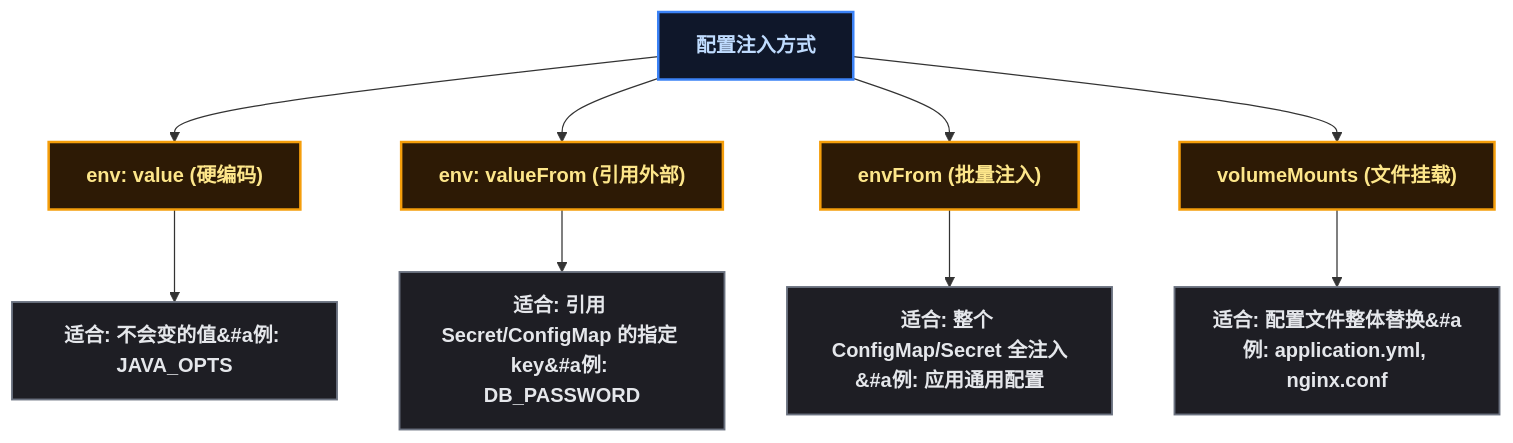
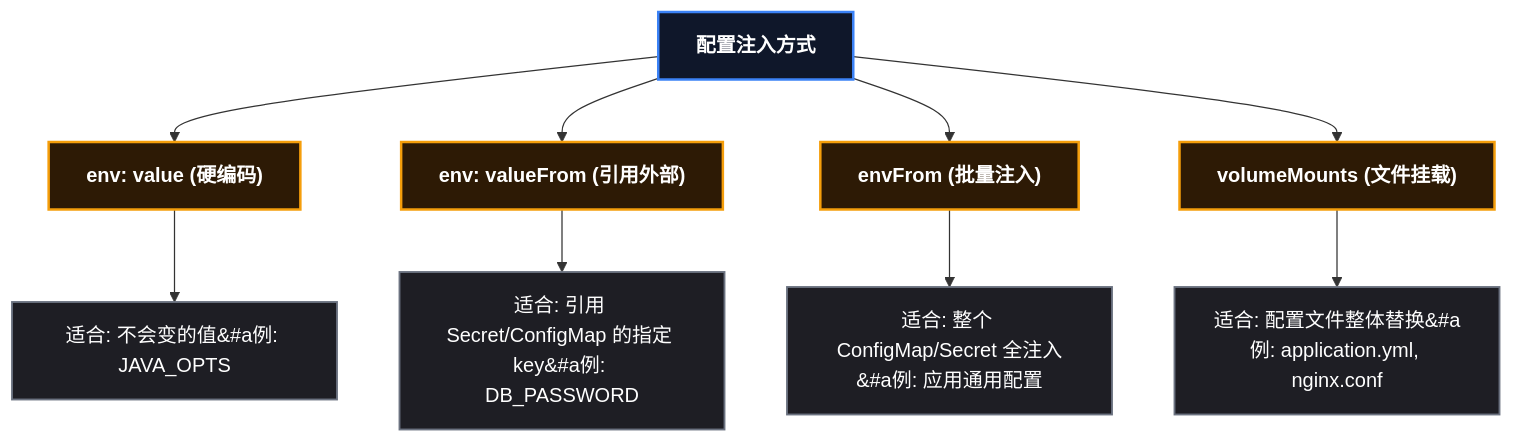
Before and after one commit to yaocat55/yaocat55.github.io: the fourth of 5 diagrams in content/posts/kubernetes/PodSurvivalGuide.md, drawn with Mermaid. The commit also changed other lines of this file and 27 other files, not shown here.

Commit message:
docs: 全系列 93 张 Mermaid 图 classDef 改为 style 强制深底白字(修复部分渲染器白底浅字)+历史文件格式清理

````diff
--- a/content/posts/kubernetes/PodSurvivalGuide.md
+++ b/content/posts/kubernetes/PodSurvivalGuide.md
@@ -303,22 +295,22 @@
 ```mermaid
 flowchart TD
   ENV["配置注入方式"]
   ENV --> W1["env: value (硬编码)"]
   ENV --> W2["env: valueFrom (引用外部)"]
   ENV --> W3["envFrom (批量注入)"]
   ENV --> W4["volumeMounts (文件挂载)"]
 
   W1 --> W1U["适合: 不会变的值&#a例: JAVA_OPTS"]
   W2 --> W2U["适合: 引用 Secret/ConfigMap 的指定 key&#a例: DB_PASSWORD"]
   W3 --> W3U["适合: 整个 ConfigMap/Secret 全注入&#a例: 应用通用配置"]
   W4 --> W4U["适合: 配置文件整体替换&#a例: application.yml, nginx.conf"]
-
-classDef root fill:#0f172a,stroke:#3b82f6,stroke-width:2px,color:#bfdbfe,font-weight:bold;
-  class ENV root
-
-classDef way fill:#2d1a05,stroke:#f59e0b,stroke-width:2px,color:#fde68a,font-weight:bold;
-  class W1,W2,W3,W4 way
-
-classDef use fill:#1e1e24,stroke:#6b7280,stroke-width:1.5px,color:#e5e7eb;
-  class W1U,W2U,W3U,W4U use
+    style ENV fill:#0f172a,stroke:#3b82f6,stroke-width:2px,color:#ffffff,font-weight:bold
+    style W1 fill:#2d1a05,stroke:#f59e0b,stroke-width:2px,color:#ffffff,font-weight:bold
+    style W2 fill:#2d1a05,stroke:#f59e0b,stroke-width:2px,color:#ffffff,font-weight:bold
+    style W3 fill:#2d1a05,stroke:#f59e0b,stroke-width:2px,color:#ffffff,font-weight:bold
+    style W4 fill:#2d1a05,stroke:#f59e0b,stroke-width:2px,color:#ffffff,font-weight:bold
+    style W1U fill:#1e1e24,stroke:#6b7280,stroke-width:1.5px,color:#ffffff
+    style W2U fill:#1e1e24,stroke:#6b7280,stroke-width:1.5px,color:#ffffff
+    style W3U fill:#1e1e24,stroke:#6b7280,stroke-width:1.5px,color:#ffffff
+    style W4U fill:#1e1e24,stroke:#6b7280,stroke-width:1.5px,color:#ffffff
 ```
````
